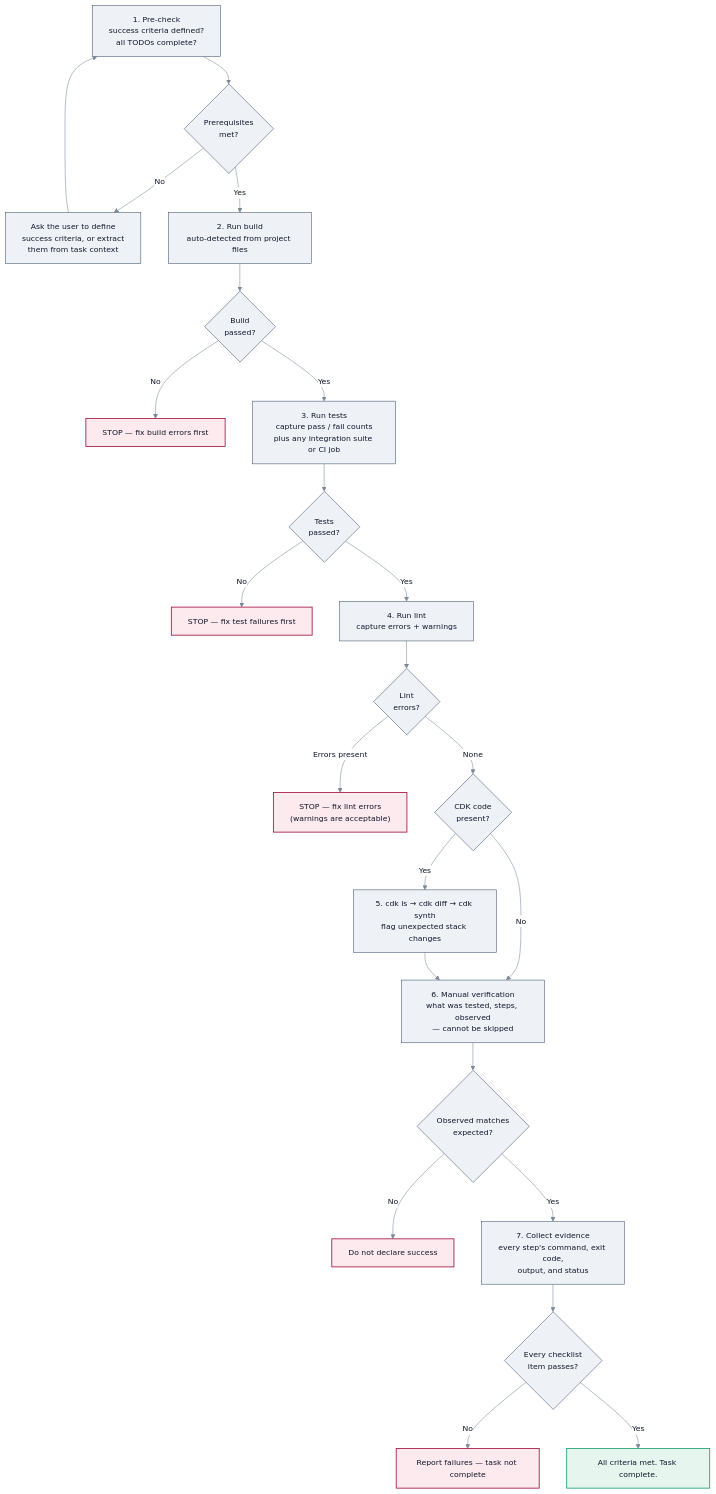
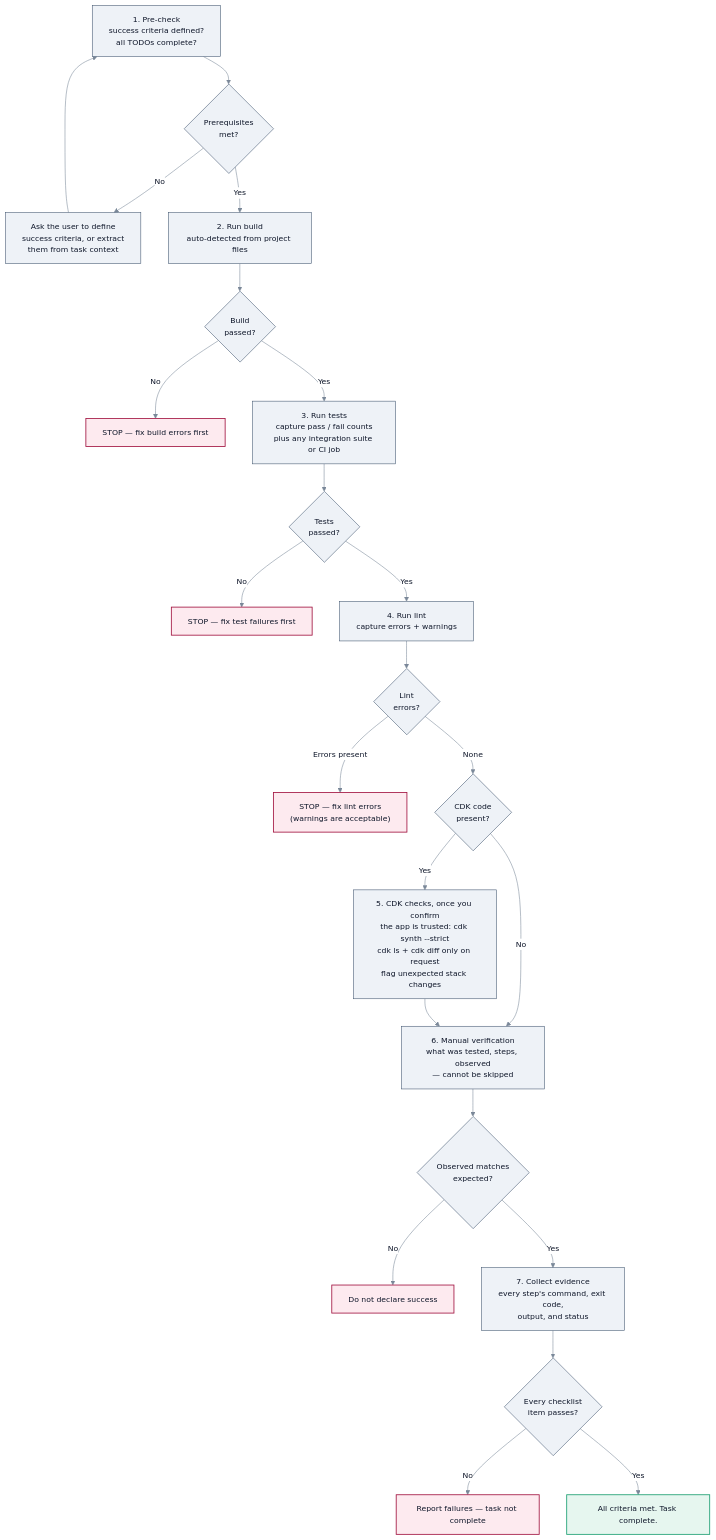
Before and after one commit to aws-solutions/konductor: the third of 4 diagrams in docs/user-guide/sop-workflows/planning-and-analysis.md, drawn with Mermaid. The commit also changed other lines of this file and 7 other files, not shown here.

````diff
--- a/docs/user-guide/sop-workflows/planning-and-analysis.md
+++ b/docs/user-guide/sop-workflows/planning-and-analysis.md
@@ -252,39 +252,39 @@
 ```mermaid
 %%{init:{'theme':'base','themeVariables':{'fontSize':'14px','primaryColor':'#eef2f7','primaryTextColor':'#0f172a','primaryBorderColor':'#40556e','lineColor':'#7a8899','textColor':'#0f172a','edgeLabelBackground':'#ffffff','clusterBkg':'#fafbfc','clusterBorder':'#c9d2dc'}}}%%
 flowchart TD
     S1["1. Pre-check<br/>success criteria defined?<br/>all TODOs complete?"]
     S1 --> G0{"Prerequisites<br/>met?"}
     G0 -->|No| Ask["Ask the user to define<br/>success criteria, or extract<br/>them from task context"]
     Ask --> S1
     G0 -->|Yes| S2["2. Run build<br/>auto-detected from project files"]
 
     S2 --> G1{"Build<br/>passed?"}
     G1 -->|No| Stop1["STOP — fix build errors first"]
     G1 -->|Yes| S3["3. Run tests<br/>capture pass / fail counts<br/>plus any integration suite or CI job"]
 
     S3 --> G2{"Tests<br/>passed?"}
     G2 -->|No| Stop2["STOP — fix test failures first"]
     G2 -->|Yes| S4["4. Run lint<br/>capture errors + warnings"]
 
     S4 --> G3{"Lint<br/>errors?"}
     G3 -->|"Errors present"| Stop3["STOP — fix lint errors<br/>(warnings are acceptable)"]
     G3 -->|"None"| S5{"CDK code<br/>present?"}
 
-    S5 -->|Yes| CDK["5. cdk ls → cdk diff → cdk synth<br/>flag unexpected stack changes"]
+    S5 -->|Yes| CDK["5. CDK checks, once you confirm<br/>the app is trusted: cdk synth --strict<br/>cdk ls + cdk diff only on request<br/>flag unexpected stack changes"]
     S5 -->|No| S6
     CDK --> S6["6. Manual verification<br/>what was tested, steps, observed<br/>— cannot be skipped"]
 
     S6 --> G4{"Observed matches<br/>expected?"}
     G4 -->|No| Stop4["Do not declare success"]
     G4 -->|Yes| S7["7. Collect evidence<br/>every step's command, exit code,<br/>output, and status"]
 
     S7 --> G5{"Every checklist<br/>item passes?"}
     G5 -->|No| Fail["Report failures — task not complete"]
     G5 -->|Yes| Pass["All criteria met. Task complete."]
 
     class Stop1,Stop2,Stop3,Stop4,Fail stop
     class Pass good
 
     classDef stop fill:#fdeaef,stroke:#a1123f,stroke-width:1.5px,color:#0f172a;
     classDef good fill:#e6f6ef,stroke:#199e70,stroke-width:1.5px,color:#0f172a;
 ```
````
